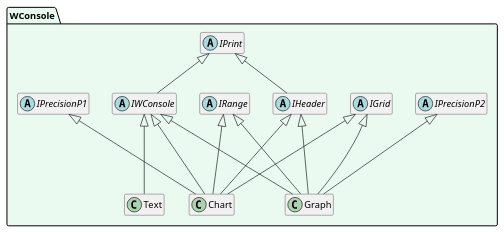
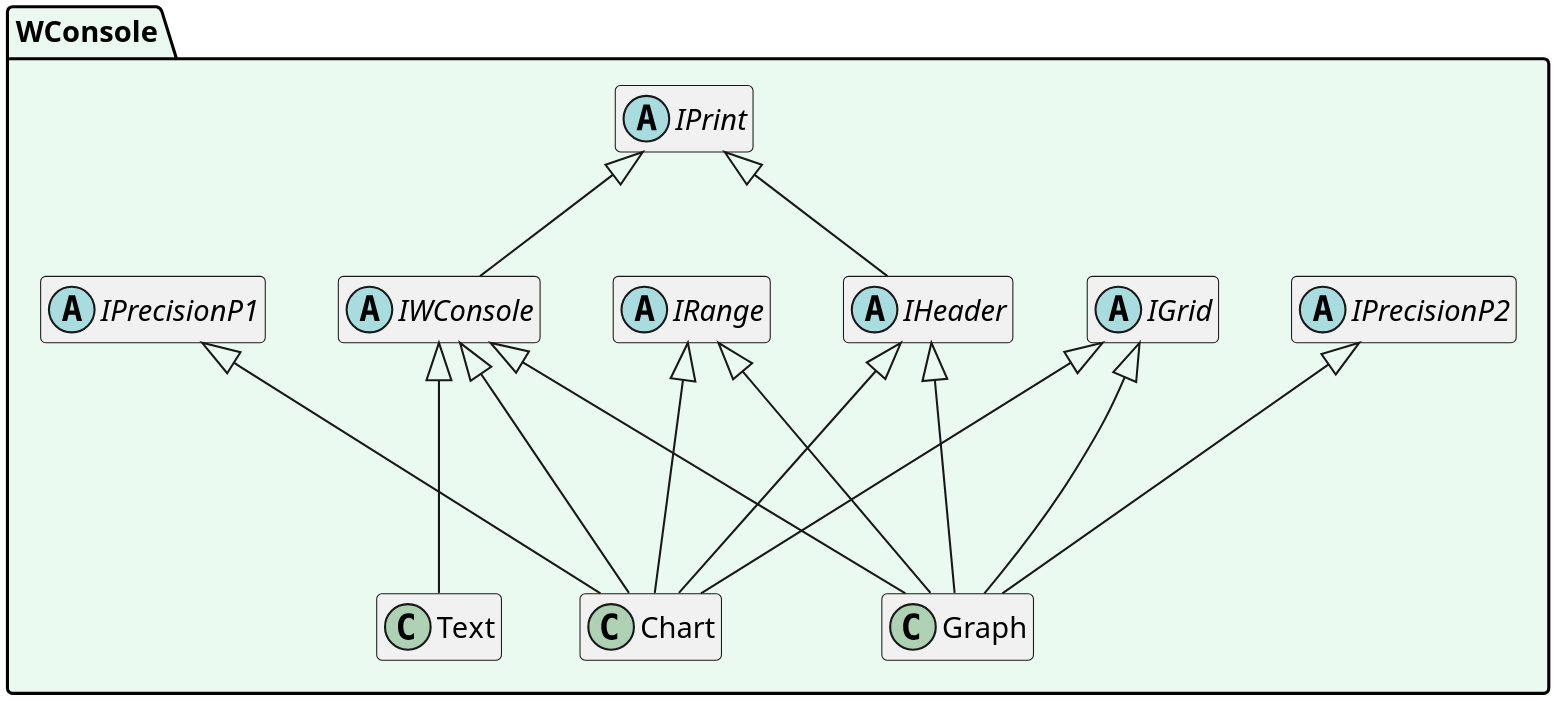
One commit to SergioStopkin/WideConsole changed the diagram in doc/UMLClass.md. Above: the diagram before and after it, drawn with PlantUML. The commit also changed 1 other file, not shown here.

Commit message:
Test some styles

````diff
--- a/doc/UMLClass.md
+++ b/doc/UMLClass.md
@@ -1,42 +1,42 @@
 ```plantuml
 @startuml
 
-scale max 1920 width
-scale max 1080 height
+scale 1920 width
+scale 1080 height
 
 hide empty members
 
 namespace WConsole #EAFAF1 {
 
 abstract class IGrid
 abstract class IHeader
 abstract class IPrecisionP1
 abstract class IPrecisionP2
 abstract class IPrint
 abstract class IRange
 abstract class IWConsole
 class Chart
 class Graph
 class Text
 
 IPrint <|-- IHeader
 IPrint <|-- IWConsole
 
 IWConsole    <|--- Chart
 IHeader      <|--- Chart
 IPrecisionP1 <|---  Chart
 IRange       <|---  Chart
 IGrid        <|---  Chart
 
 IWConsole    <|--- Graph
 IHeader      <|--- Graph
 IPrecisionP2 <|---  Graph
 IRange       <|---  Graph
 IGrid        <|---  Graph
 
 IWConsole <|--- Text
 
 }
 
 @enduml
 ```
````
